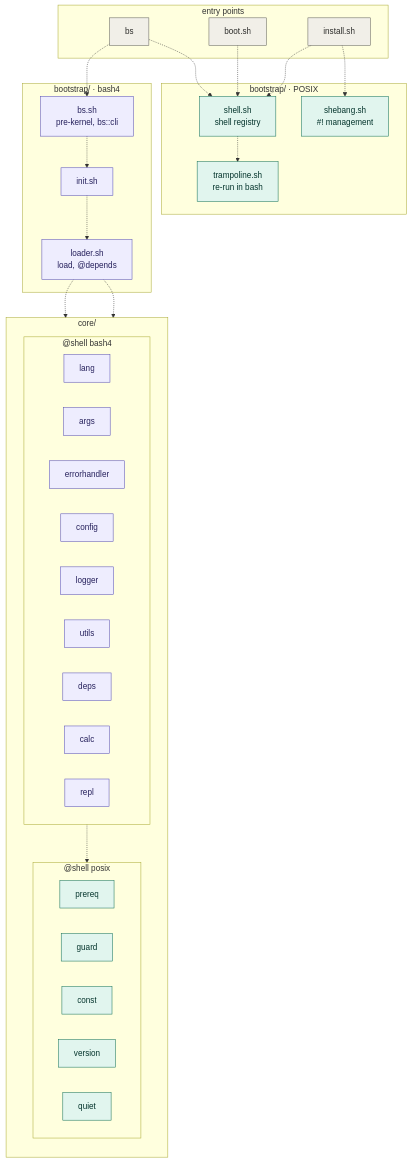
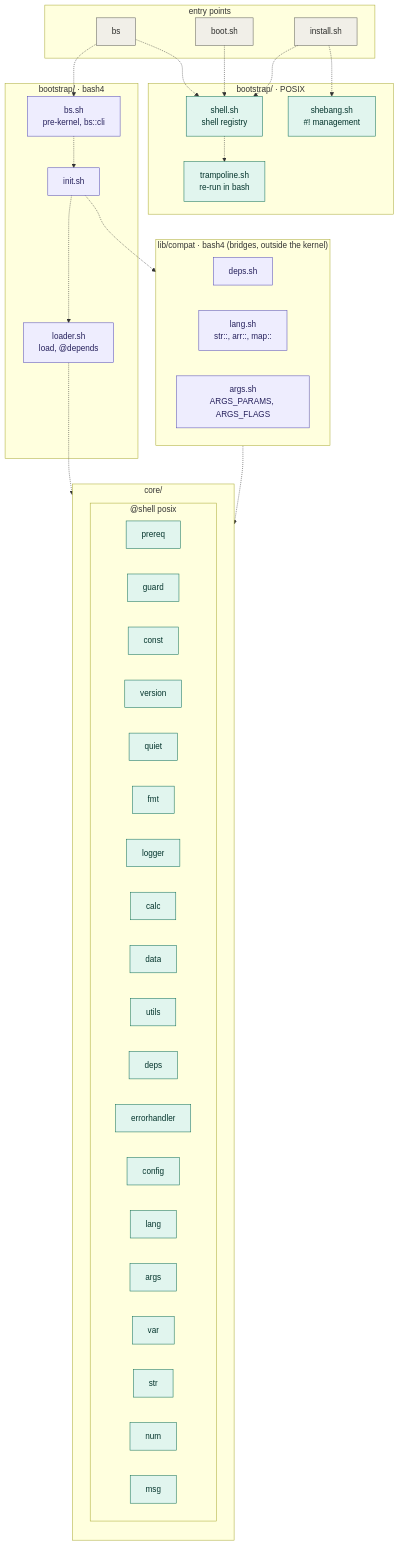
The first of 7 diagrams in documentation/en/01-getting-started/README.md (Igormm/bs), drawn with Mermaid before and after one commit. The commit also changed other lines of this file and 31 other files, not shown here.

Commit message:
refactor(core): args — @shell posix (bs_args_*), мост lib/compat/args для массивов bash; все 15 файлов core/ на POSIX

````diff
--- a/documentation/en/01-getting-started/README.md
+++ b/documentation/en/01-getting-started/README.md
@@ -165,53 +165,61 @@
 ```mermaid
 flowchart TB
   classDef entry fill:#F1EFE8,stroke:#5F5E5A,color:#2C2C2A
   classDef posix fill:#E1F5EE,stroke:#0F6E56,color:#04342C
   classDef bash4 fill:#EEEDFE,stroke:#534AB7,color:#26215C
   subgraph E["entry points"]
     bs["bs"]:::entry
     boot["boot.sh"]:::entry
     inst["install.sh"]:::entry
   end
   subgraph P["bootstrap/ · POSIX"]
     shell["shell.sh<br/>shell registry"]:::posix
     tramp["trampoline.sh<br/>re-run in bash"]:::posix
     sheb["shebang.sh<br/>#! management"]:::posix
   end
   subgraph B["bootstrap/ · bash4"]
     bssh["bs.sh<br/>pre-kernel, bs::cli"]:::bash4
     init["init.sh"]:::bash4
     loader["loader.sh<br/>load, @depends"]:::bash4
   end
   subgraph C["core/"]
     direction TB
     subgraph CP["@shell posix"]
       prereq:::posix
       guard:::posix
       const:::posix
       version:::posix
       quiet:::posix
+      fmt:::posix
+      logger:::posix
+      calc:::posix
+      data:::posix
+      utils:::posix
+      deps:::posix
+      errorhandler:::posix
+      config:::posix
+      lang:::posix
+      args:::posix
+      var:::posix
+      str:::posix
+      num:::posix
+      msg:::posix
     end
-    subgraph CB["@shell bash4"]
-      lang:::bash4
-      args:::bash4
-      errorhandler:::bash4
-      config:::bash4
-      logger:::bash4
-      utils:::bash4
-      deps:::bash4
-      calc:::bash4
-      repl:::bash4
-    end
+  end
+  subgraph L["lib/compat · bash4 (bridges, outside the kernel)"]
+    cdeps["deps.sh"]:::bash4
+    clang["lang.sh<br/>str::, arr::, map::"]:::bash4
+    cargs["args.sh<br/>ARGS_PARAMS, ARGS_FLAGS"]:::bash4
   end
   bs -.-> shell
   boot -.-> shell
   inst -.-> shell
   shell -.-> tramp
   bs -.-> bssh
   bssh -.-> init
   init -.-> loader
   loader -.-> CP
-  loader -.-> CB
-  CB -.-> CP
+  init -.-> L
+  L -.-> CP
   inst -.-> sheb
 ```
````
